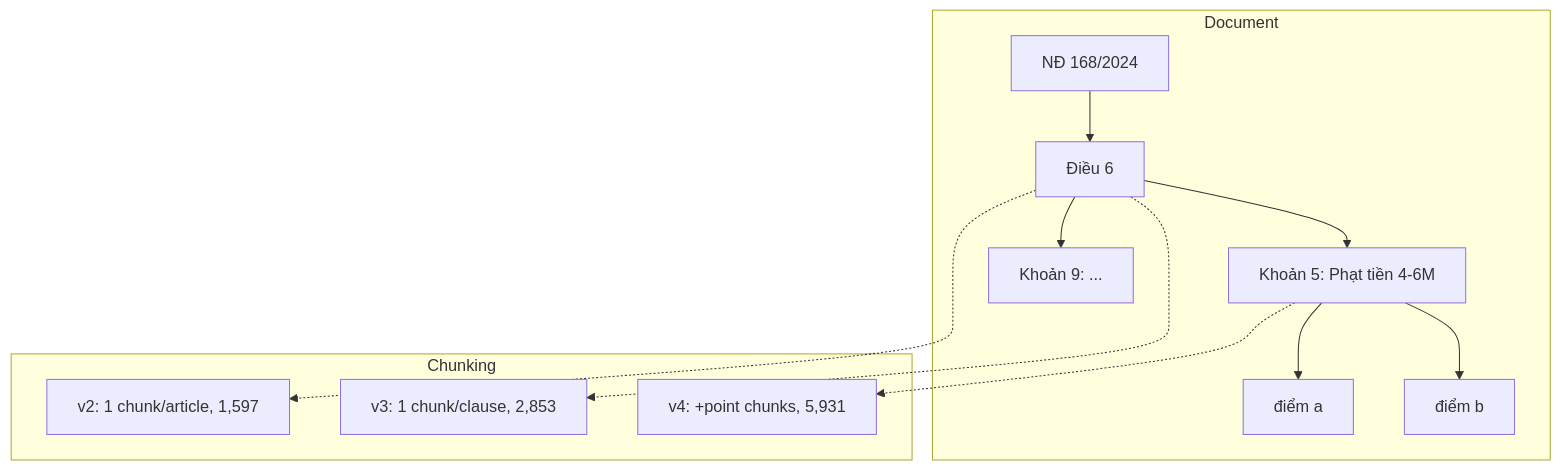
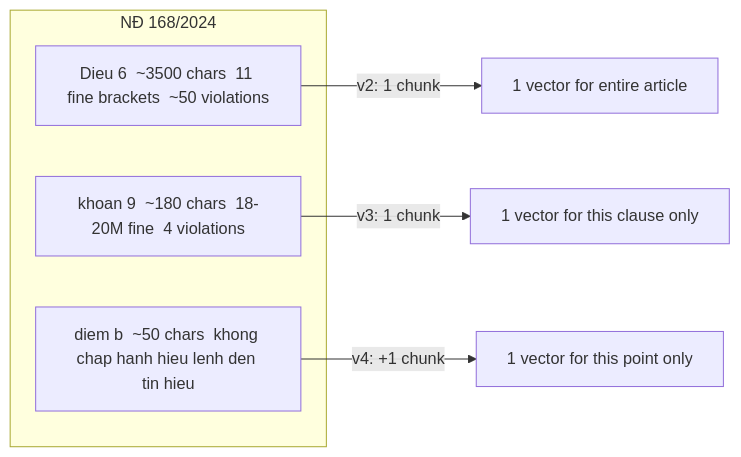
The sixth of 13 diagrams in docs/NLP_REPORT_EN_DEEP.md (Anakonkai01/nlp-traffic-laws), drawn with Mermaid before and after one commit. The commit also changed other lines of this file and 49 other files, not shown here.

Commit message:
Refine deep-dive report: chunking examples, MNR fine-tune explanation with examples, retrieval/ablation charts

````diff
--- a/docs/NLP_REPORT_EN_DEEP.md
+++ b/docs/NLP_REPORT_EN_DEEP.md
@@ -282,18 +442,11 @@
 ```mermaid
-flowchart TD
-    subgraph Legal["Document"]
-        D["NĐ 168/2024"] --> A2["Điều 6"]
-        A2 --> C1["Khoản 5: Phạt tiền 4-6M"]
-        A2 --> C2["Khoản 9: ..."]
-        C1 --> P1["điểm a"]
-        C1 --> P2["điểm b"]
+flowchart LR
+    subgraph DOC["NĐ 168/2024"]
+        D6["Dieu 6  ~3500 chars  11 fine brackets  ~50 violations"]
+        K9["khoan 9  ~180 chars  18-20M fine  4 violations"]
+        Pb["diem b  ~50 chars  khong chap hanh hieu lenh den tin hieu"]
     end
-    subgraph Policies["Chunking"]
-        AV["v2: 1 chunk/article, 1,597"]
-        ACV["v3: 1 chunk/clause, 2,853"]
-        ACPV["v4: +point chunks, 5,931"]
-    end
-    A2 -.-> AV
-    A2 -.-> ACV
-    C1 -.-> ACPV
+    D6 -->|"v2: 1 chunk"| CV2["1 vector for entire article"]
+    K9 -->|"v3: 1 chunk"| CV3["1 vector for this clause only"]
+    Pb -->|"v4: +1 chunk"| CV4["1 vector for this point only"]
 ```
````
